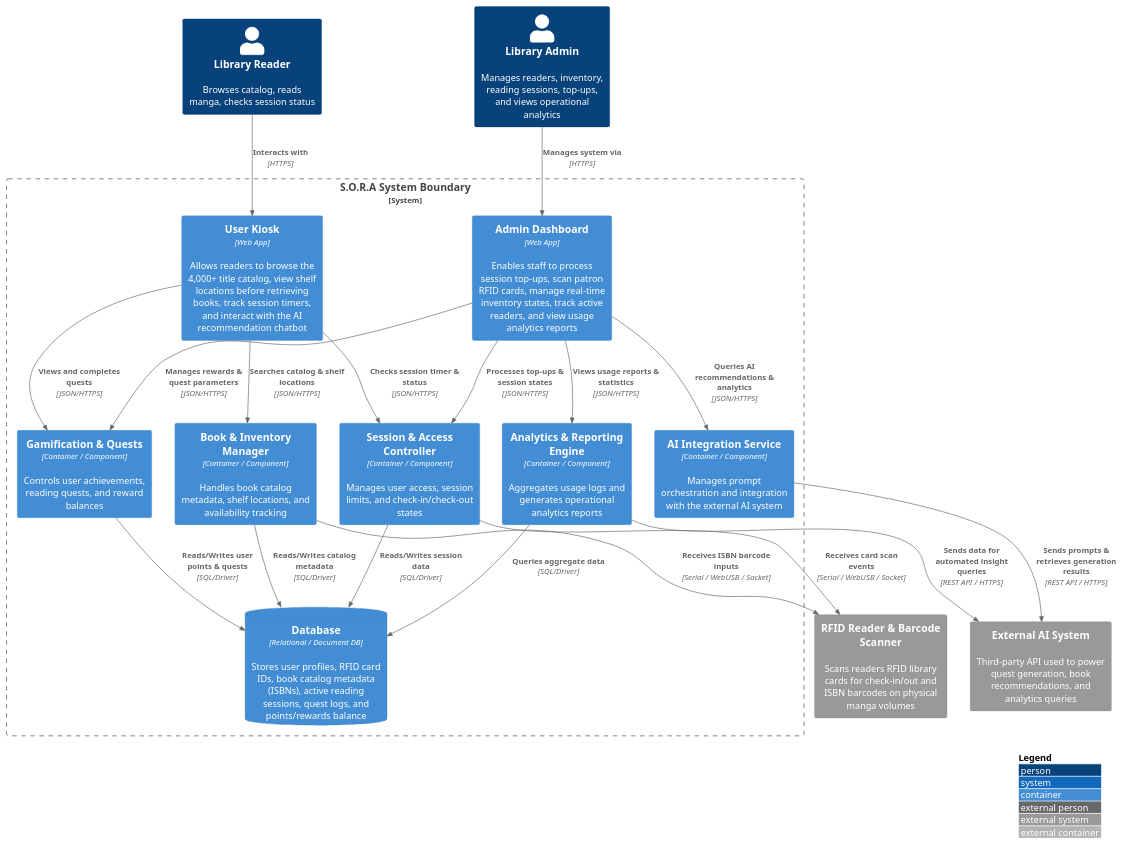
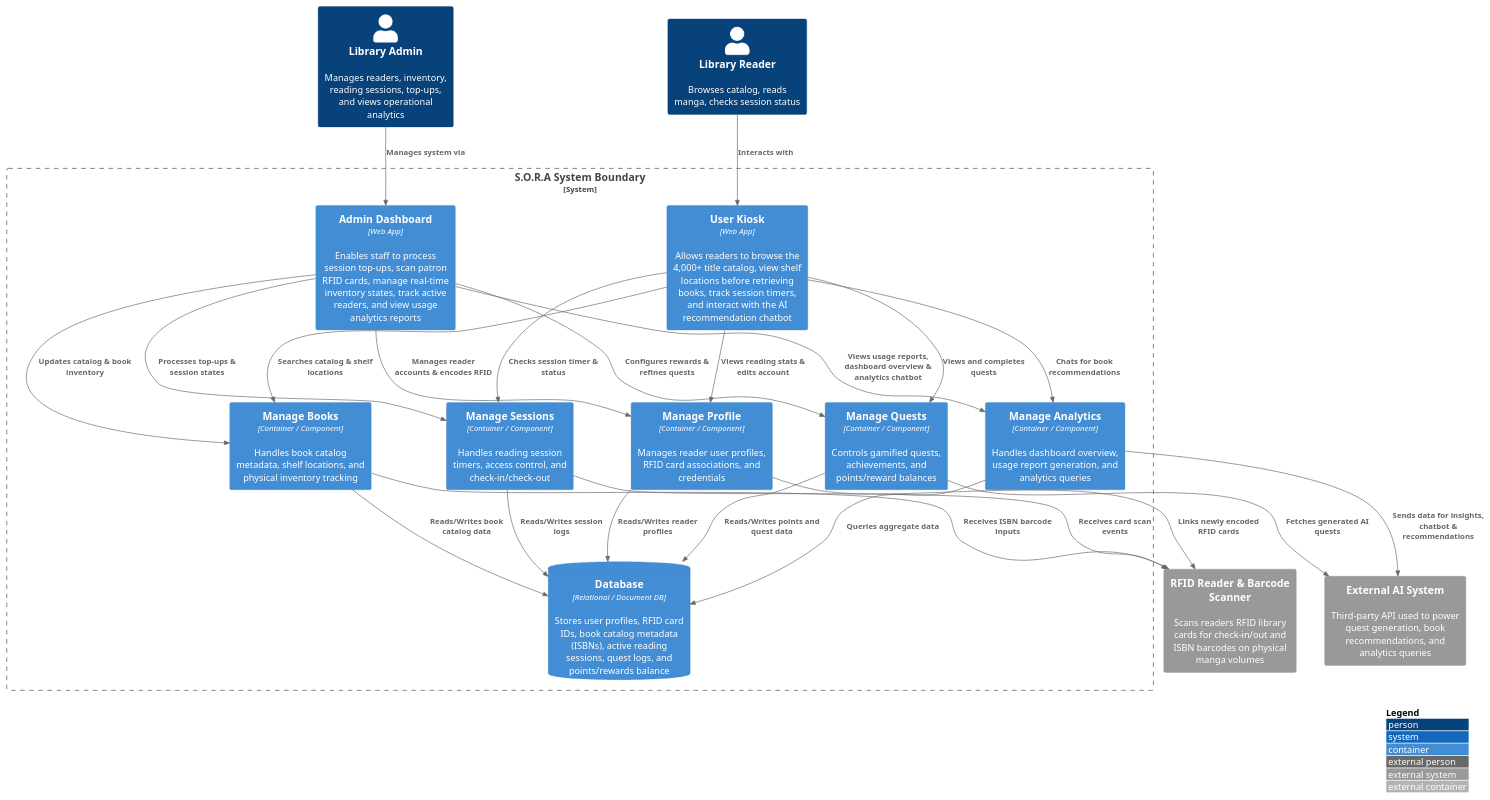
Before and after one commit to APC-SoCIT-TechKalang/SORA-Smart-Organized-Reading-Adventure: the diagram in docs/MSYADD1/C4 Model/Layer 2/SORA_C4_L2_Container.puml, drawn with PlantUML.

Commit message:
Updated the container names for layer 2 in the C4 Model

```diff
--- a/docs/MSYADD1/C4 Model/Layer 2/SORA_C4_L2_Container.puml
+++ b/docs/MSYADD1/C4 Model/Layer 2/SORA_C4_L2_Container.puml
@@ -1,59 +1,64 @@
 @startuml
 !include https://raw.githubusercontent.com/plantuml-stdlib/C4-PlantUML/master/C4_Container.puml
 
 LAYOUT_WITH_LEGEND()
 
 ' People / Actors
 Person(reader, "Library Reader", "Browses catalog, reads manga, checks session status")
 Person(admin, "Library Admin", "Manages readers, inventory, reading sessions, top-ups, and views operational analytics")
 
 ' S.O.R.A System Boundary
 System_Boundary(c1, "S.O.R.A System Boundary") {
     
     ' Frontends / Apps
     Container(kiosk, "User Kiosk", "Web App", "Allows readers to browse the 4,000+ title catalog, view shelf locations before retrieving books, track session timers, and interact with the AI recommendation chatbot")
     Container(dashboard, "Admin Dashboard", "Web App", "Enables staff to process session top-ups, scan patron RFID cards, manage real-time inventory states, track active readers, and view usage analytics reports")
 
-    ' Core Backend Components / Services
-    Container(session_ctrl, "Session & Access Controller", "Container / Component", "Manages user access, session limits, and check-in/check-out states")
-    Container(book_mgr, "Book & Inventory Manager", "Container / Component", "Handles book catalog metadata, shelf locations, and availability tracking")
-    Container(gamification, "Gamification & Quests", "Container / Component", "Controls user achievements, reading quests, and reward balances")
-    Container(analytics, "Analytics & Reporting Engine", "Container / Component", "Aggregates usage logs and generates operational analytics reports")
-    Container(ai_service, "AI Integration Service", "Container / Component", "Manages prompt orchestration and integration with the external AI system")
+    ' Core Backend Containers (Matching Level 3 Modules)
+    Container(session_ctrl, "Manage Sessions", "Container / Component", "Handles reading session timers, access control, and check-in/check-out")
+    Container(book_mgr, "Manage Books", "Container / Component", "Handles book catalog metadata, shelf locations, and physical inventory tracking")
+    Container(manage_profile, "Manage Profile", "Container / Component", "Manages reader user profiles, RFID card associations, and credentials")
+    Container(gamification, "Manage Quests", "Container / Component", "Controls gamified quests, achievements, and points/reward balances")
+    Container(analytics, "Manage Analytics", "Container / Component", "Handles dashboard overview, usage report generation, and analytics queries")
 
     ' Internal Database
     ContainerDb(db, "Database", "Relational / Document DB", "Stores user profiles, RFID card IDs, book catalog metadata (ISBNs), active reading sessions, quest logs, and points/rewards balance")
 }
 
 ' External Systems & Devices
 System_Ext(rfid_hw, "RFID Reader & Barcode Scanner", "Scans readers RFID library cards for check-in/out and ISBN barcodes on physical manga volumes")
 System_Ext(external_ai, "External AI System", "Third-party API used to power quest generation, book recommendations, and analytics queries")
 
 ' User Interactivity
-Rel(reader, kiosk, "Interacts with", "HTTPS")
-Rel(admin, dashboard, "Manages system via", "HTTPS")
+Rel(reader, kiosk, "Interacts with")
+Rel(admin, dashboard, "Manages system via")
 
 ' Kiosk to Services
-Rel(kiosk, session_ctrl, "Checks session timer & status", "JSON/HTTPS")
-Rel(kiosk, book_mgr, "Searches catalog & shelf locations", "JSON/HTTPS")
-Rel(kiosk, gamification, "Views and completes quests", "JSON/HTTPS")
+Rel(kiosk, session_ctrl, "Checks session timer & status")
+Rel(kiosk, book_mgr, "Searches catalog & shelf locations")
+Rel(kiosk, manage_profile, "Views reading stats & edits account")
+Rel(kiosk, gamification, "Views and completes quests")
+Rel(kiosk, analytics, "Chats for book recommendations")
 
 ' Admin Dashboard to Services
-Rel(dashboard, session_ctrl, "Processes top-ups & session states", "JSON/HTTPS")
-Rel(dashboard, gamification, "Manages rewards & quest parameters", "JSON/HTTPS")
-Rel(dashboard, analytics, "Views usage reports & statistics", "JSON/HTTPS")
-Rel(dashboard, ai_service, "Queries AI recommendations & analytics", "JSON/HTTPS")
+Rel(dashboard, session_ctrl, "Processes top-ups & session states")
+Rel(dashboard, book_mgr, "Updates catalog & book inventory")
+Rel(dashboard, manage_profile, "Manages reader accounts & encodes RFID")
+Rel(dashboard, gamification, "Configures rewards & refines quests")
+Rel(dashboard, analytics, "Views usage reports, dashboard overview & analytics chatbot")
 
 ' Services to Database
-Rel(session_ctrl, db, "Reads/Writes session data", "SQL/Driver")
-Rel(book_mgr, db, "Reads/Writes catalog metadata", "SQL/Driver")
-Rel(gamification, db, "Reads/Writes user points & quests", "SQL/Driver")
-Rel(analytics, db, "Queries aggregate data", "SQL/Driver")
+Rel(session_ctrl, db, "Reads/Writes session logs")
+Rel(book_mgr, db, "Reads/Writes book catalog data")
+Rel(manage_profile, db, "Reads/Writes reader profiles")
+Rel(gamification, db, "Reads/Writes points and quest data")
+Rel(analytics, db, "Queries aggregate data")
 
 ' Hardware & External API Connections
-Rel(session_ctrl, rfid_hw, "Receives card scan events", "Serial / WebUSB / Socket")
-Rel(book_mgr, rfid_hw, "Receives ISBN barcode inputs", "Serial / WebUSB / Socket")
-Rel(ai_service, external_ai, "Sends prompts & retrieves generation results", "REST API / HTTPS")
-Rel(analytics, external_ai, "Sends data for automated insight queries", "REST API / HTTPS")
+Rel(session_ctrl, rfid_hw, "Receives card scan events")
+Rel(book_mgr, rfid_hw, "Receives ISBN barcode inputs")
+Rel(manage_profile, rfid_hw, "Links newly encoded RFID cards")
+Rel(gamification, external_ai, "Fetches generated AI quests")
+Rel(analytics, external_ai, "Sends data for insights, chatbot & recommendations")
 
 @enduml
```
